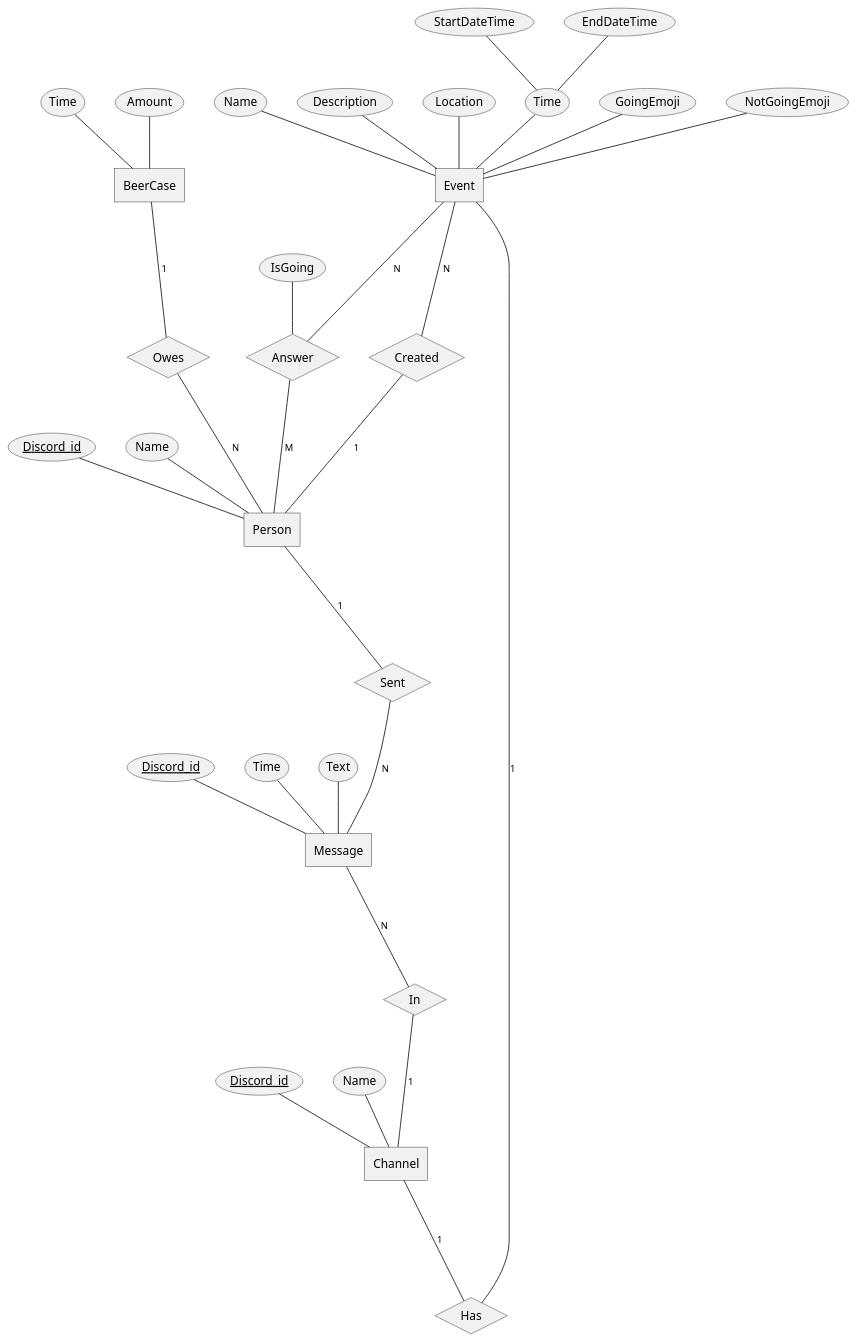
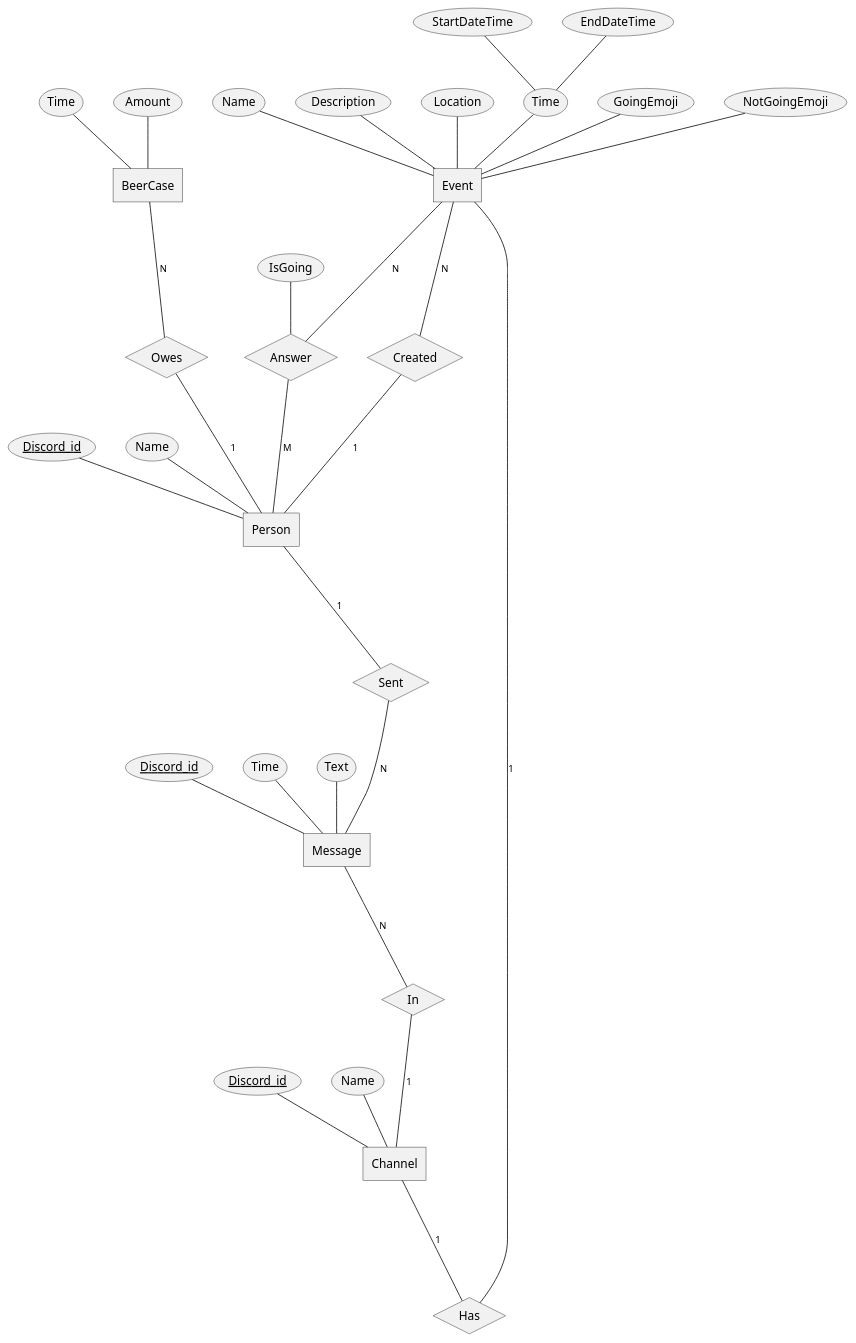
The diagram in DatabaseDesign.puml (Official-Acki/fredagsbar-discord-bot), drawn with PlantUML before and after one commit. The commit also changed 13 other files, not shown here.

```diff
--- a/DatabaseDesign.puml
+++ b/DatabaseDesign.puml
@@ -1,74 +1,74 @@
 @startchen ER-diagram
 
 entity Event {
     Name
     Description
     Location
     Time {
         StartDateTime
         EndDateTime
     }
     GoingEmoji
     NotGoingEmoji
 }
 
 relationship Answer {
     IsGoing
 }
 
 relationship Created {
 }
 
 entity Person {
     Discord_id <<key>>
     Name
 }
 
 Event -N- Answer
 Answer -M- Person
 
 Event -N- Created
 Created -1- Person
 
 entity BeerCase {
     Time
     Amount
 }
 
 relationship Owes {
 }
 
-BeerCase -1- Owes
-Owes -N- Person
+BeerCase -N- Owes
+Owes -1- Person
 
 entity Channel {
     Discord_id <<key>>
     Name
 }
 
 entity Message {
     Discord_id <<key>>
     Time
     Text
 }
 
 relationship Has {
 }
 
 Channel -1- Has
 Has -1- Event
 
 relationship Sent {
 }
 
 Person -1- Sent
 Sent -N- Message
 
 relationship In {
 }
 
 Message -N- In
 In -1- Channel
 
 
 @endchen
```
